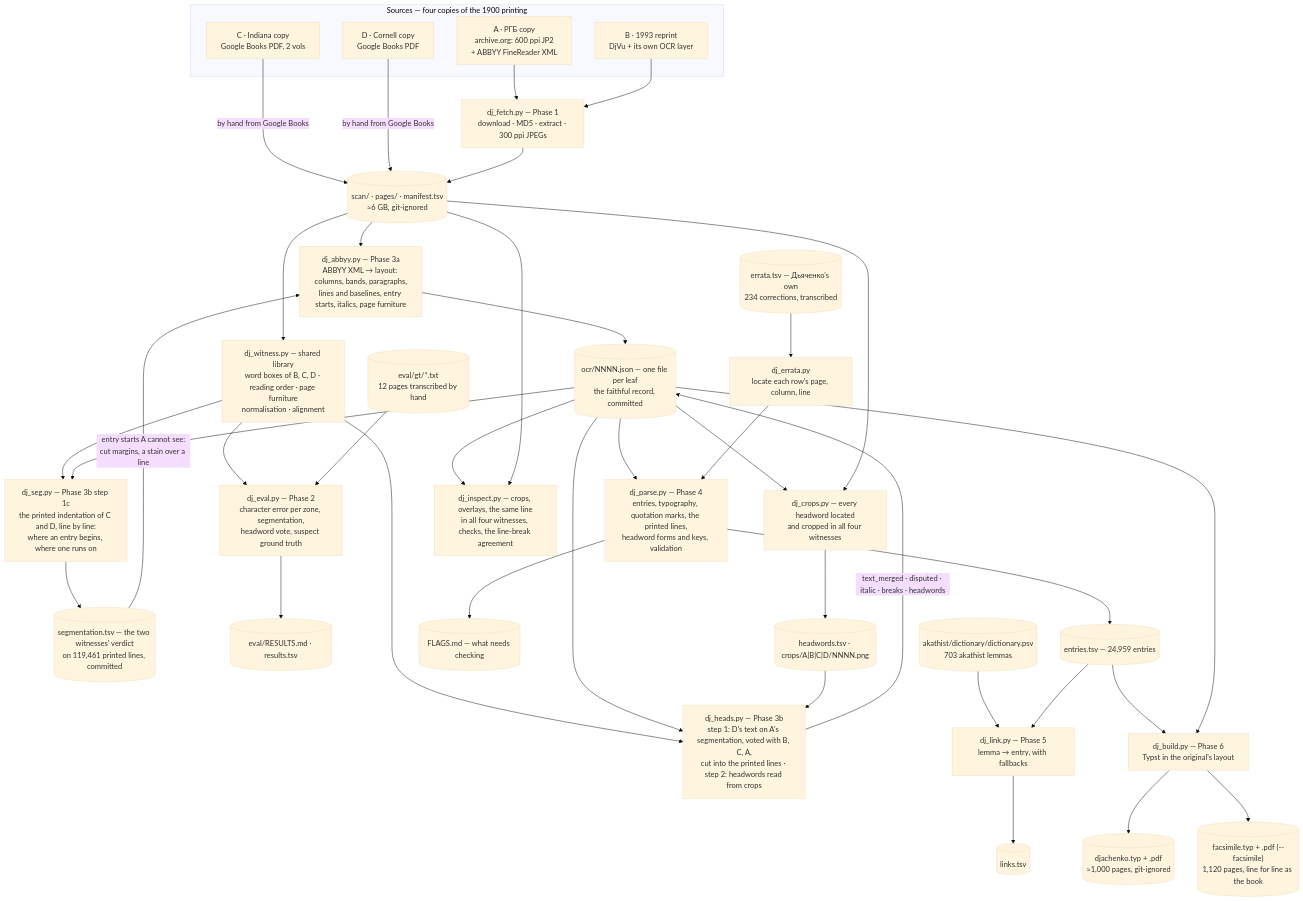
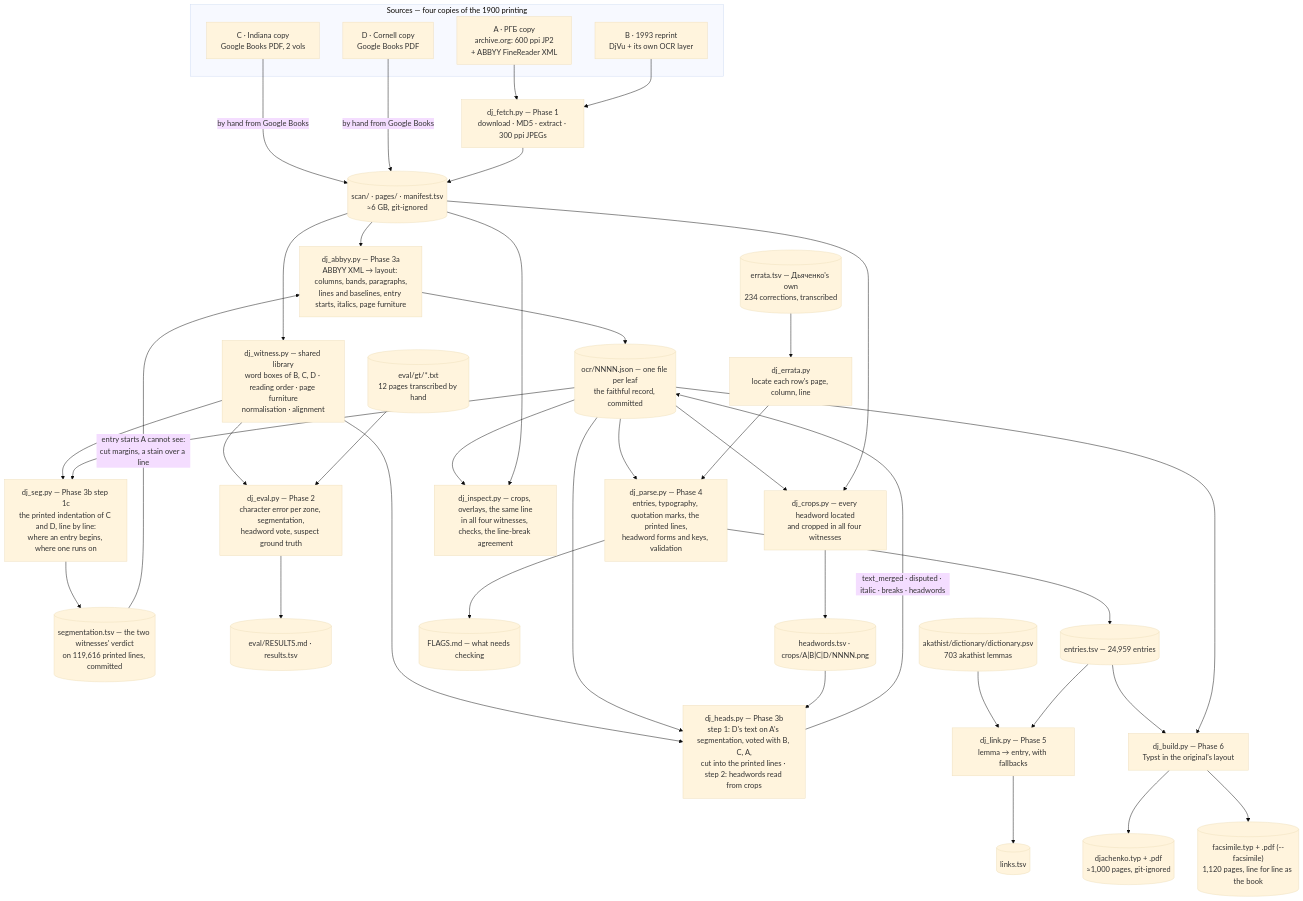
The diagram in README.md (pancakescrawlspace/akafist), drawn with Mermaid (base theme) before and after one commit. The commit also changed 1 other file, not shown here.

Commit message:
Дьяченко: segmentation.tsv holds 119,616 rows, not 119,461 (an intermediate count)

````diff
--- a/README.md
+++ b/README.md
@@ -181,56 +181,56 @@
 ```mermaid
 flowchart TD
     subgraph SRC["Sources — four copies of the 1900 printing"]
         WA["A · РГБ copy<br/>archive.org: 600 ppi JP2<br/>+ ABBYY FineReader XML"]
         WB["B · 1993 reprint<br/>DjVu + its own OCR layer"]
         WC["C · Indiana copy<br/>Google Books PDF, 2 vols"]
         WD["D · Cornell copy<br/>Google Books PDF"]
     end
 
     WA --> FETCH["dj_fetch.py — Phase 1<br/>download · MD5 · extract · 300 ppi JPEGs"]
     WB --> FETCH
     WC -- "by hand from Google Books" --> SCAN
     WD -- "by hand from Google Books" --> SCAN
     FETCH --> SCAN[("scan/ · pages/ · manifest.tsv<br/>≈6 GB, git-ignored")]
 
     SCAN --> ABBYY["dj_abbyy.py — Phase 3a<br/>ABBYY XML → layout: columns, bands, paragraphs,<br/>lines and baselines, entry starts, italics, page furniture"]
     ABBYY --> OCRJ[("ocr/NNNN.json — one file per leaf<br/>the faithful record, committed")]
 
     SCAN --> WITLIB["dj_witness.py — shared library<br/>word boxes of B, C, D · reading order · page furniture<br/>normalisation · alignment"]
 
     WITLIB --> HEADS["dj_heads.py — Phase 3b<br/>step 1: D's text on A's segmentation, voted with B, C, A,<br/>cut into the printed lines · step 2: headwords read from crops"]
     OCRJ --> HEADS
     HEADS -- "text_merged · disputed · italic · breaks · headwords" --> OCRJ
 
     WITLIB --> SEG["dj_seg.py — Phase 3b step 1c<br/>the printed indentation of C and D, line by line:<br/>where an entry begins, where one runs on"]
     OCRJ --> SEG
-    SEG --> SEGF[("segmentation.tsv — the two witnesses' verdict<br/>on 119,461 printed lines, committed")]
+    SEG --> SEGF[("segmentation.tsv — the two witnesses' verdict<br/>on 119,616 printed lines, committed")]
     SEGF -- "entry starts A cannot see:<br/>cut margins, a stain over a line" --> ABBYY
 
     WITLIB --> EVAL["dj_eval.py — Phase 2<br/>character error per zone, segmentation,<br/>headword vote, suspect ground truth"]
     GT[("eval/gt/*.txt<br/>12 pages transcribed by hand")] --> EVAL
     EVAL --> RES[("eval/RESULTS.md · results.tsv")]
 
     OCRJ --> PARSE["dj_parse.py — Phase 4<br/>entries, typography, quotation marks, the printed lines,<br/>headword forms and keys, validation"]
     ERR[("errata.tsv — Дьяченко's own<br/>234 corrections, transcribed")] --> ERRATA["dj_errata.py<br/>locate each row's page, column, line"]
     ERRATA --> PARSE
     PARSE --> ENT[("entries.tsv — 24,959 entries")]
     PARSE --> FLG[("FLAGS.md — what needs checking")]
 
     PSV[("akathist/dictionary/dictionary.psv<br/>703 akathist lemmas")] --> LINK["dj_link.py — Phase 5<br/>lemma → entry, with fallbacks"]
     ENT --> LINK
     LINK --> LNK[("links.tsv")]
 
     ENT --> BUILD["dj_build.py — Phase 6<br/>Typst in the original's layout"]
     BUILD --> PDF[("djachenko.typ + .pdf<br/>≈1,000 pages, git-ignored")]
     OCRJ --> BUILD
     BUILD --> FAC[("facsimile.typ + .pdf (--facsimile)<br/>1,120 pages, line for line as the book")]
 
     OCRJ --> CROPS["dj_crops.py — every headword located<br/>and cropped in all four witnesses"]
     SCAN --> CROPS
     CROPS --> HW[("headwords.tsv · crops/A|B|C|D/NNNN.png")]
     HW --> HEADS
 
     OCRJ --> INSP["dj_inspect.py — crops, overlays, the same line<br/>in all four witnesses, checks, the line-break agreement"]
     SCAN --> INSP
 ```
````
